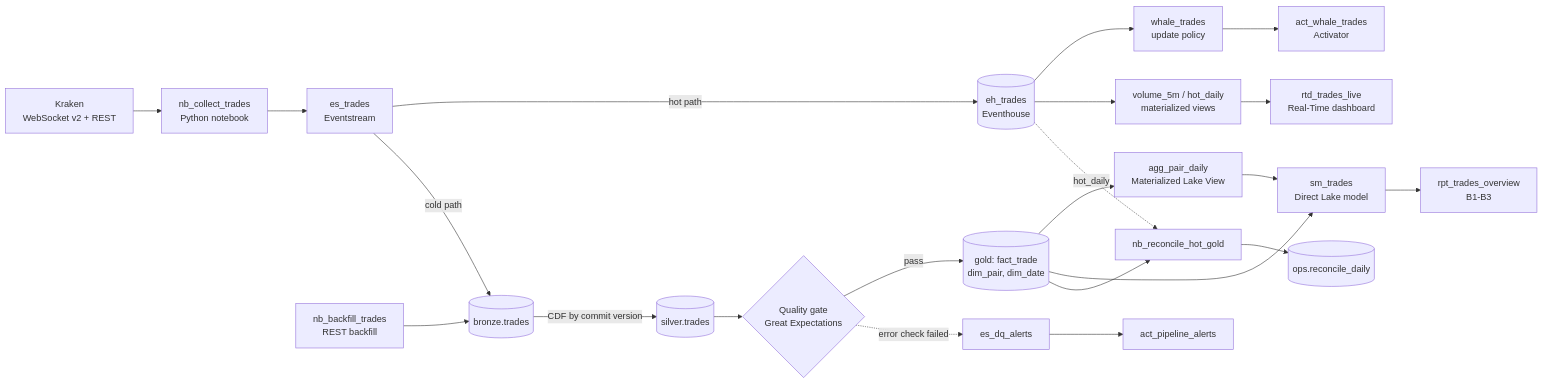
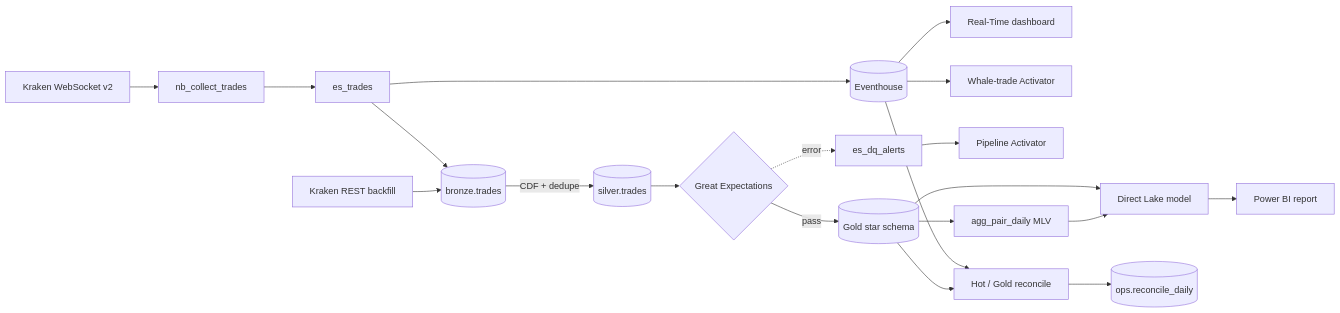
One commit to DKSang/crypto-trades-pipeline changed the diagram in README.md. Above: the diagram before and after it, drawn with Mermaid. The commit also changed other lines of this file and 8 other files, not shown here.

````diff
--- a/README.md
+++ b/README.md
@@ -27,24 +29,22 @@
 ```mermaid
 flowchart LR
-    K[Kraken<br/>WebSocket v2 + REST] --> C[nb_collect_trades<br/>Python notebook]
-    C --> ES[es_trades<br/>Eventstream]
+    K[Kraken WebSocket v2] --> C[nb_collect_trades]
+    C --> ES[es_trades]
+    ES --> EH[(Eventhouse)]
+    EH --> RTD[Real-Time dashboard]
+    EH --> A[Whale-trade Activator]
 
-    ES -->|hot path| EH[(eh_trades<br/>Eventhouse)]
-    EH --> W[whale_trades<br/>update policy]
-    EH --> V[volume_5m / hot_daily<br/>materialized views]
-    W --> A1[act_whale_trades<br/>Activator]
-    V --> RTD[rtd_trades_live<br/>Real-Time dashboard]
-
-    ES -->|cold path| B[(bronze.trades)]
-    BF[nb_backfill_trades<br/>REST backfill] --> B
-    B -->|CDF by commit version| S[(silver.trades)]
-    S --> Q{Quality gate<br/>Great Expectations}
-    Q -->|pass| G[(gold: fact_trade<br/>dim_pair, dim_date)]
-    Q -.->|error check failed| DQ[es_dq_alerts] --> A2[act_pipeline_alerts]
-    G --> M[agg_pair_daily<br/>Materialized Lake View]
-    G --> SM[sm_trades<br/>Direct Lake model] --> R[rpt_trades_overview<br/>B1-B3]
+    ES --> B[(bronze.trades)]
+    REST[Kraken REST backfill] --> B
+    B -->|CDF + dedupe| S[(silver.trades)]
+    S --> Q{Great Expectations}
+    Q -->|pass| G[(Gold star schema)]
+    Q -.->|error| DQ[es_dq_alerts] --> PA[Pipeline Activator]
+    G --> M[agg_pair_daily MLV]
+    G --> SM[Direct Lake model]
     M --> SM
-    G --> RC[nb_reconcile_hot_gold]
-    EH -. hot_daily .-> RC
+    SM --> R[Power BI report]
+    EH --> RC[Hot / Gold reconcile]
+    G --> RC
     RC --> OPS[(ops.reconcile_daily)]
 ```
````
